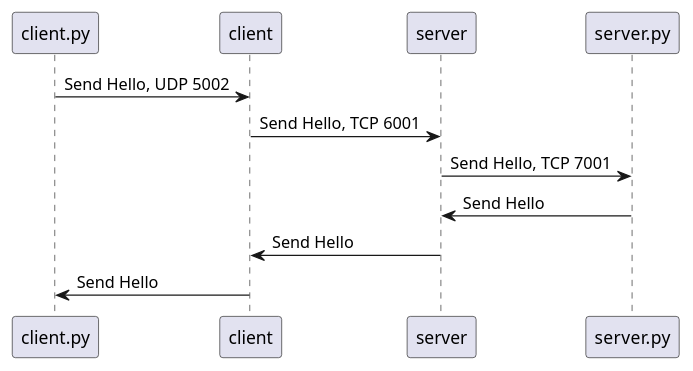
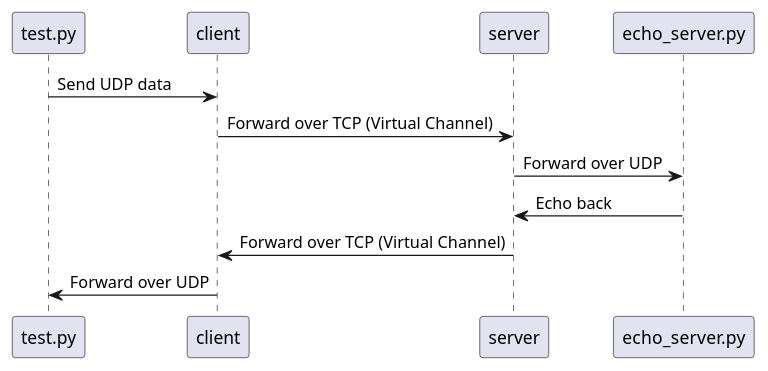
Before and after one commit to xiguichen/tcpudp: the diagram in doc/test.md, drawn with PlantUML. The commit also changed other lines of this file and 7 other files, not shown here.

```diff
--- a/doc/test.md
+++ b/doc/test.md
@@ -11,15 +49,15 @@
 @startuml
 
-participant client.py as client_py
-participant client 
-participant server 
-participant "server.py" as server_py
+participant "test.py" as test_py
+participant client
+participant server
+participant "echo_server.py" as server_py
 
-client_py -> client : Send Hello, UDP 5002
-client -> server: Send Hello, TCP 6001
-server -> server_py: Send Hello, TCP 7001
-server_py -> server: Send Hello
-server -> client: Send Hello
-client -> client_py: Send Hello
+test_py -> client : Send UDP data
+client -> server: Forward over TCP (Virtual Channel)
+server -> server_py: Forward over UDP
+server_py -> server: Echo back
+server -> client: Forward over TCP (Virtual Channel)
+client -> test_py: Forward over UDP
 
 @enduml
```
